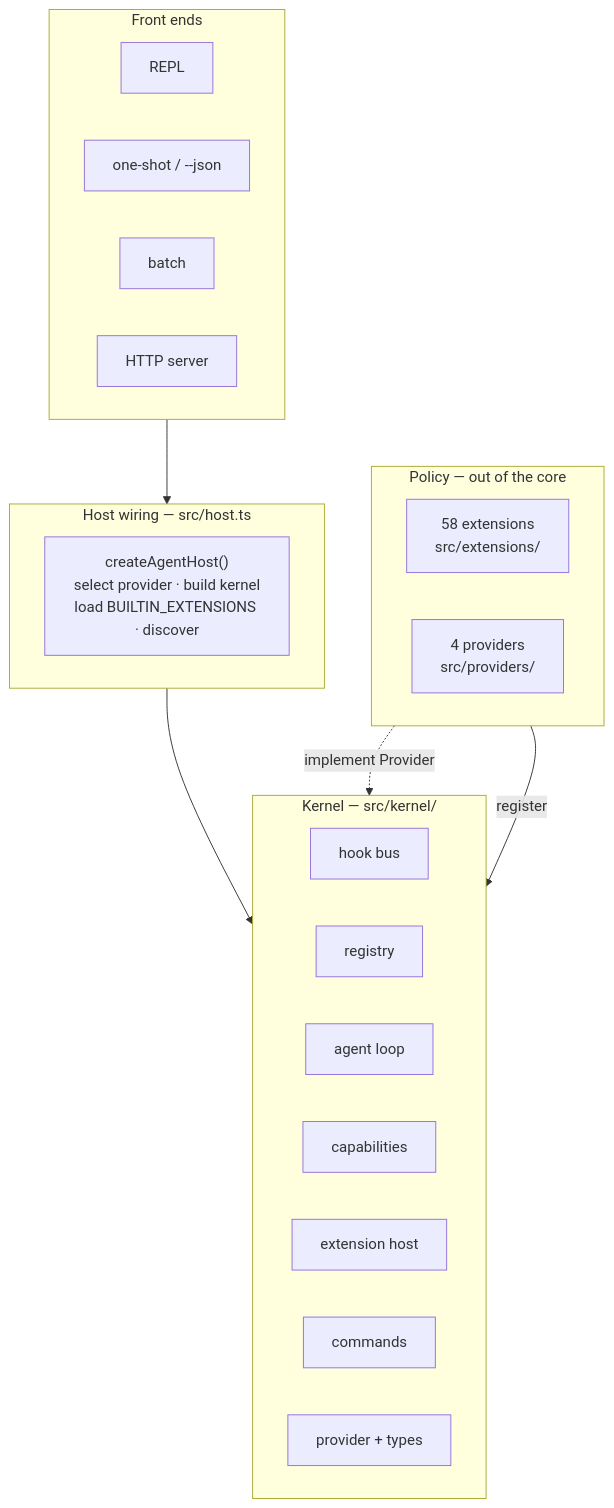
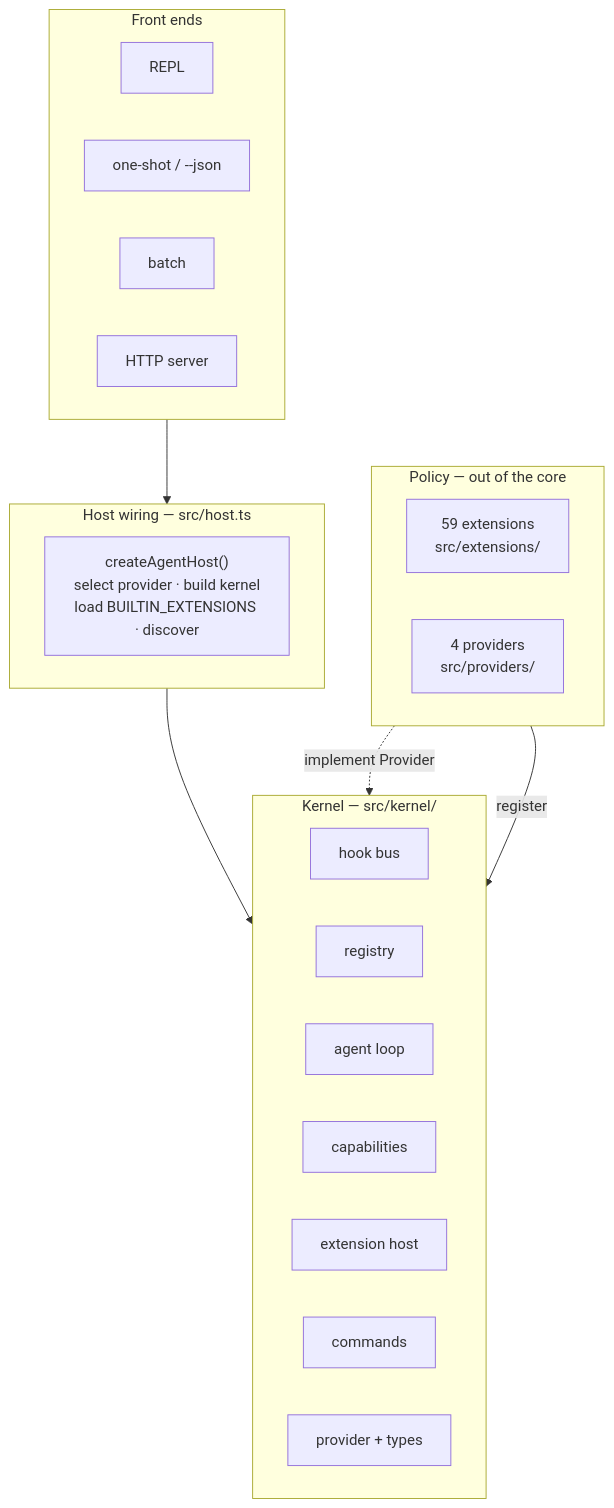
The first of 10 diagrams in ARCHITECTURE.md (caohaotiantian/EAgent), drawn with Mermaid before and after one commit. The commit also changed other lines of this file and 37 other files, not shown here.

````diff
--- a/ARCHITECTURE.md
+++ b/ARCHITECTURE.md
@@ -27,32 +27,32 @@
 ```mermaid
 flowchart TB
     subgraph L4["Front ends"]
         direction LR
         REPL["REPL"]
         ONE["one-shot / --json"]
         BATCH["batch"]
         HTTP["HTTP server"]
     end
     subgraph L3["Host wiring — src/host.ts"]
         HOST["createAgentHost()<br/>select provider · build kernel<br/>load BUILTIN_EXTENSIONS · discover"]
     end
     subgraph L2["Kernel — src/kernel/"]
         direction LR
         HOOKS["hook bus"]
         REG["registry"]
         LOOP["agent loop"]
         CAPS["capabilities"]
         EXT["extension host"]
         CMD["commands"]
         TYPES["provider + types"]
     end
     subgraph L1["Policy — out of the core"]
         direction LR
-        EXTS["58 extensions<br/>src/extensions/"]
+        EXTS["59 extensions<br/>src/extensions/"]
         PROVS["4 providers<br/>src/providers/"]
     end
 
     L4 --> L3 --> L2
     EXTS -->|register| L2
     PROVS -.->|implement Provider| TYPES
 ```
````
